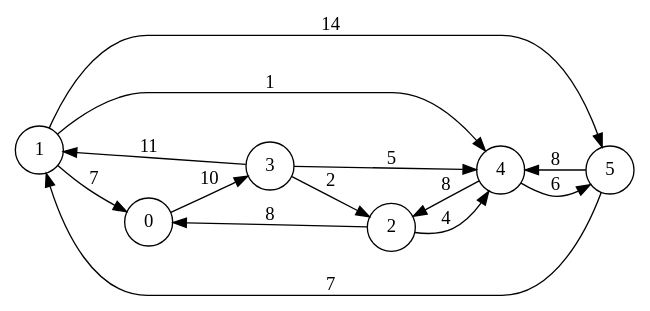
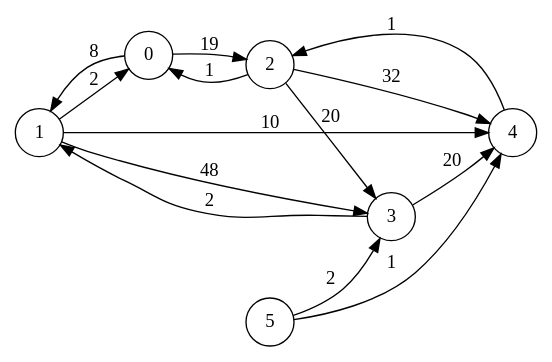
The diagram in iterations/iter1.dot (scanim-valentin/functional-programming-project), drawn with Graphviz before and after one commit. The commit also changed 7 other files, not shown here.

```diff
--- a/iterations/iter1.dot
+++ b/iterations/iter1.dot
@@ -1,18 +1,18 @@
 digraph my_graph {
     rankdir=LR;
     size="8,5"
     node [shape = circle];
-    1 -> 0 [label="7"];
-    1 -> 5 [label="14"];
-    1 -> 4 [label="1"];
-    0 -> 3 [label="10"];
-    5 -> 1 [label="7"];
-    5 -> 4 [label="8"];
-    3 -> 1 [label="11"];
-    3 -> 2 [label="2"];
-    3 -> 4 [label="5"];
-    4 -> 5 [label="6"];
-    4 -> 2 [label="8"];
-    2 -> 4 [label="4"];
-    2 -> 0 [label="8"];
+    1 -> 0 [label="2"];
+    1 -> 3 [label="48"];
+    1 -> 4 [label="10"];
+    0 -> 1 [label="8"];
+    0 -> 2 [label="19"];
+    3 -> 1 [label="2"];
+    3 -> 4 [label="20"];
+    5 -> 3 [label="2"];
+    5 -> 4 [label="1"];
+    4 -> 2 [label="1"];
+    2 -> 3 [label="20"];
+    2 -> 4 [label="32"];
+    2 -> 0 [label="1"];
 }
```
